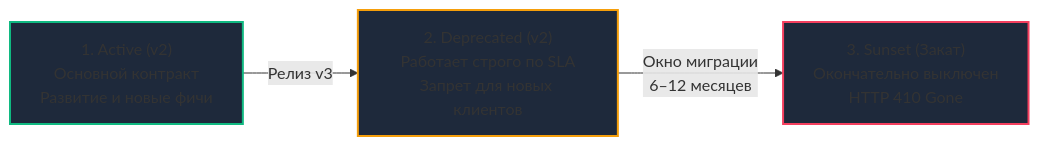
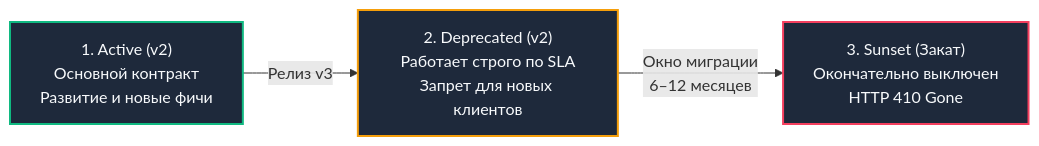
The first of 2 diagrams in sources/10. Проектирование API и Сетевые протоколы/37. Version deprecation стратегии.md (UnrealTemplier/go-textbook), drawn with Mermaid before and after one commit. The commit also changed 310 other files, not shown here.

First line of the commit message:
fix(mermaid): replace light fill colors with dark palette for readability on dark theme

````diff
--- a/sources/10. Проектирование API и Сетевые протоколы/37. Version deprecation стратегии.md
+++ b/sources/10. Проектирование API и Сетевые протоколы/37. Version deprecation стратегии.md
@@ -34,9 +34,9 @@
 ```mermaid
 flowchart LR
     Active["1. Active (v2)<br>Основной контракт<br>Развитие и новые фичи"] -->|Релиз v3| Deprecated["2. Deprecated (v2)<br>Работает строго по SLA<br>Запрет для новых клиентов"]
     Deprecated -->|Окно миграции<br>6–12 месяцев| Sunset["3. Sunset (Закат)<br>Окончательно выключен<br>HTTP 410 Gone"]
 
-    style Active fill:#1e293b,stroke:#10b981,stroke-width:2px
-    style Deprecated fill:#1e293b,stroke:#f59e0b,stroke-width:2px
-    style Sunset fill:#1e293b,stroke:#f43f5e,stroke-width:2px
+    style Active fill:#1e293b,stroke:#10b981,stroke-width:2px,color:#f8fafc
+    style Deprecated fill:#1e293b,stroke:#f59e0b,stroke-width:2px,color:#f8fafc
+    style Sunset fill:#1e293b,stroke:#f43f5e,stroke-width:2px,color:#f8fafc
 ```
````
